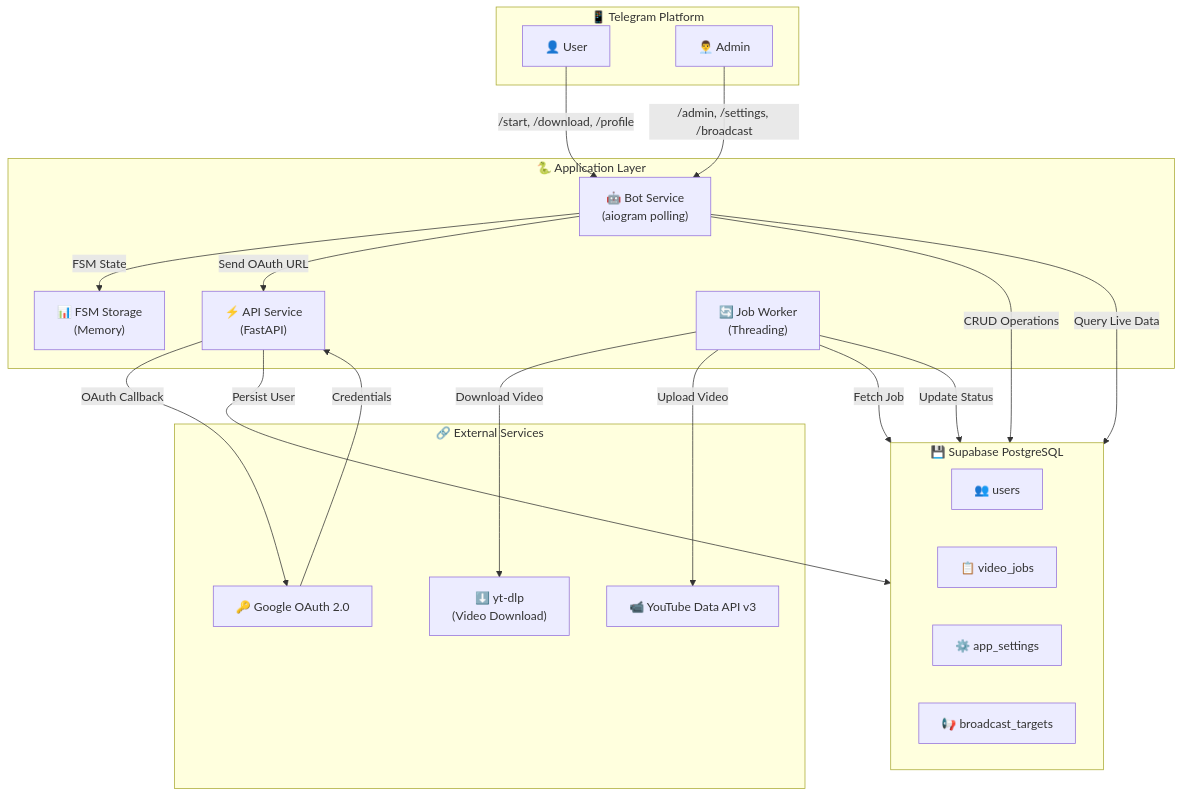
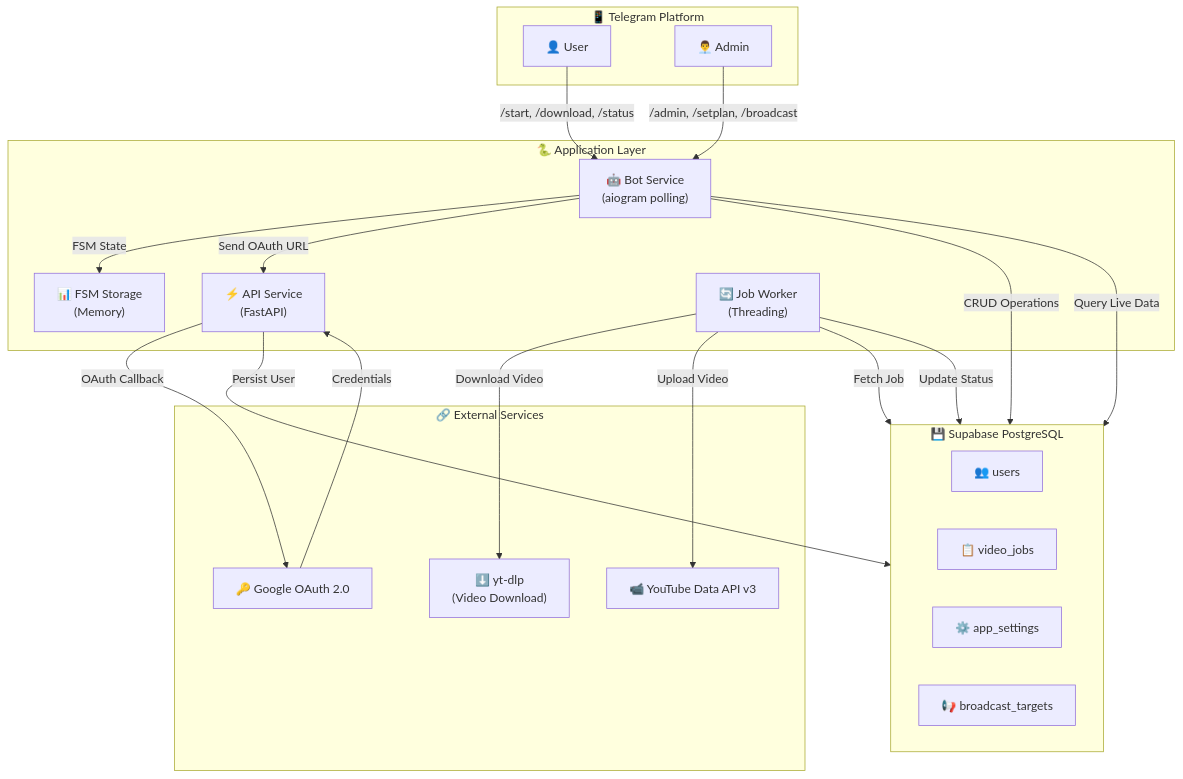
One commit to prince-m2hgamerz/youtube-auto changed the diagram in README.md. Above: the diagram before and after it, drawn with Mermaid. The commit also changed other lines of this file and 10 other files, not shown here.

````diff
--- a/README.md
+++ b/README.md
@@ -55,41 +55,41 @@
 ```mermaid
 graph TB
     subgraph Telegram["📱 Telegram Platform"]
         User["👤 User"]
         Admin["👨‍💼 Admin"]
     end
     
     subgraph App["🐍 Application Layer"]
         Bot["🤖 Bot Service<br/>(aiogram polling)"]
         API["⚡ API Service<br/>(FastAPI)"]
         FSM["📊 FSM Storage<br/>(Memory)"]
         Worker["🔄 Job Worker<br/>(Threading)"]
     end
     
     subgraph External["🔗 External Services"]
         Google["🔑 Google OAuth 2.0"]
         YT["📹 YouTube Data API v3"]
         YTDlp["⬇️ yt-dlp<br/>(Video Download)"]
     end
     
     subgraph Database["💾 Supabase PostgreSQL"]
         Users["👥 users"]
         Jobs["📋 video_jobs"]
         Settings["⚙️ app_settings"]
         Broadcast["📢 broadcast_targets"]
     end
     
-    User -->|"/start, /download, /profile"| Bot
-    Admin -->|"/admin, /settings, /broadcast"| Bot
+    User -->|"/start, /download, /status"| Bot
+    Admin -->|"/admin, /setplan, /broadcast"| Bot
     Bot -->|FSM State| FSM
     Bot -->|CRUD Operations| Database
     API -->|OAuth Callback| Google
     Google -->|Credentials| API
     API -->|Persist User| Database
     Worker -->|Fetch Job| Database
     Worker -->|Download Video| YTDlp
     Worker -->|Upload Video| YT
     Worker -->|Update Status| Database
     Bot -->|Query Live Data| Database
     Bot -->|Send OAuth URL| API
 ```
````
